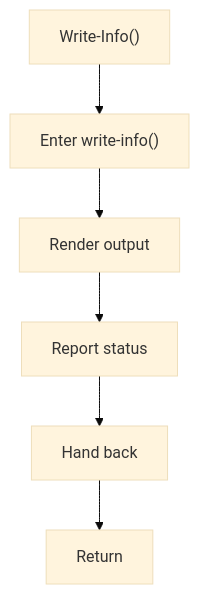
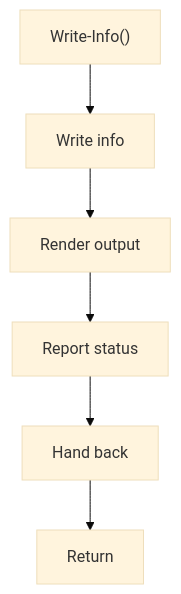
One commit to JohnAndrewBalbarosa/NeoTerritory changed the diagram in docs/Codebase/Infrastructure/session-orchestration/bootstrap_and_deploy/functions/write_info.ps1.md. Above: the diagram before and after it, drawn with Mermaid (base theme). The commit also changed other lines of this file and 915 other files, not shown here.

````diff
--- a/docs/Codebase/Infrastructure/session-orchestration/bootstrap_and_deploy/functions/write_info.ps1.md
+++ b/docs/Codebase/Infrastructure/session-orchestration/bootstrap_and_deploy/functions/write_info.ps1.md
@@ -16,14 +16,14 @@
 ```mermaid
 flowchart TD
     Start["Write-Info()"]
-    N0["Enter write-info()"]
+    N0["Write info"]
     N1["Render output"]
     N2["Report status"]
     N3["Hand back"]
     End["Return"]
     Start --> N0
     N0 --> N1
     N1 --> N2
     N2 --> N3
     N3 --> End
 ```
````
